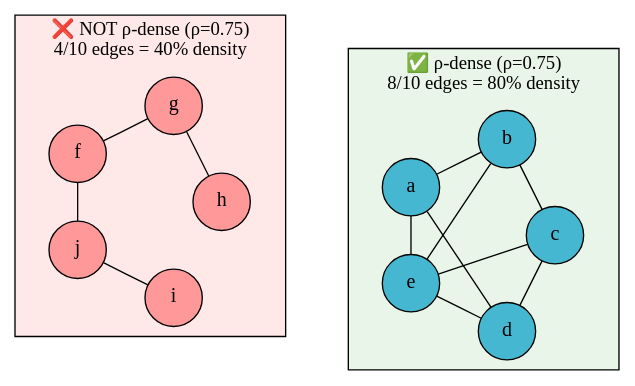
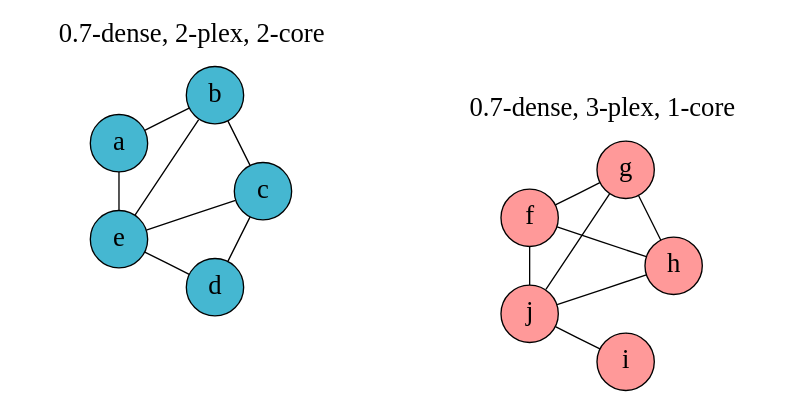
The second of 3 diagrams in docs/lecture-note/m05-clustering/01-concepts.qmd (skojaku/adv-net-sci), drawn with Graphviz before and after one commit. The commit also changed other lines of this file and 92 other files, not shown here.

````diff
--- a/docs/lecture-note/m05-clustering/01-concepts.qmd
+++ b/docs/lecture-note/m05-clustering/01-concepts.qmd
@@ -115,49 +129,57 @@
 ```{dot}
 //| fig-width: 6
 //| fig-height: 3
 //| fig-align: center
 
 graph G {
     layout=fdp;
-    node [shape=circle, style=filled, fontsize=15, width=0.6];
+    node [shape=circle, style=filled, fontsize=20, width=0.6];
     edge [len=1.5];
 
     // ρ-dense: qualifies (has 8/10 = 80% > 75% threshold)
     subgraph cluster_dense {
-        label="✅ ρ-dense (ρ=0.75)\n8/10 edges = 80% density";
-        style=filled;
-        fillcolor="#e8f5e8";
+        label="0.7-dense, 2-plex, 2-core";
+        #style=filled;
+        #fillcolor="#e8f5e8";
+        fontsize=20;
+        peripheries=0;
 
         a [pos="0.5,2.5!", fillcolor="#45b7d1"];
         b [pos="1.5,3!", fillcolor="#45b7d1"];
         c [pos="2,2!", fillcolor="#45b7d1"];
         d [pos="1.5,1!", fillcolor="#45b7d1"];
         e [pos="0.5,1.5!", fillcolor="#45b7d1"];
 
-        a -- b; a -- d; a -- e;
+        a -- b; a -- e;
         b -- c; b -- e;
         c -- d; c -- e;
         d -- e;
         // Missing: a -- c, b -- d (has 8 out of 10 possible edges = 80%)
     }
 
     // Not ρ-dense: fails (has 4/10 = 40% < 75% threshold)
     subgraph cluster_not_dense {
-        label="❌ NOT ρ-dense (ρ=0.75)\n4/10 edges = 40% density";
-        style=filled;
-        fillcolor="#ffe8e8";
+        label="0.7-dense, 3-plex, 1-core";
+        #style=filled;
+        #fillcolor="#ffe8e8";
+        fontsize=20;
+        peripheries=0;
 
         f [pos="5.5,2.5!", fillcolor="#ff9999"];
         g [pos="6.5,3!", fillcolor="#ff9999"];
         h [pos="7,2!", fillcolor="#ff9999"];
         i [pos="6.5,1!", fillcolor="#ff9999"];
         j [pos="5.5,1.5!", fillcolor="#ff9999"];
 
         f -- g;
         g -- h;
         i -- j;
         j -- f;
+        f -- h;
+        j -- h;
+        j -- g;
+
         // Missing 6 edges: has only 4 out of 10 possible edges = 40%
     }
 }
 ```
````
